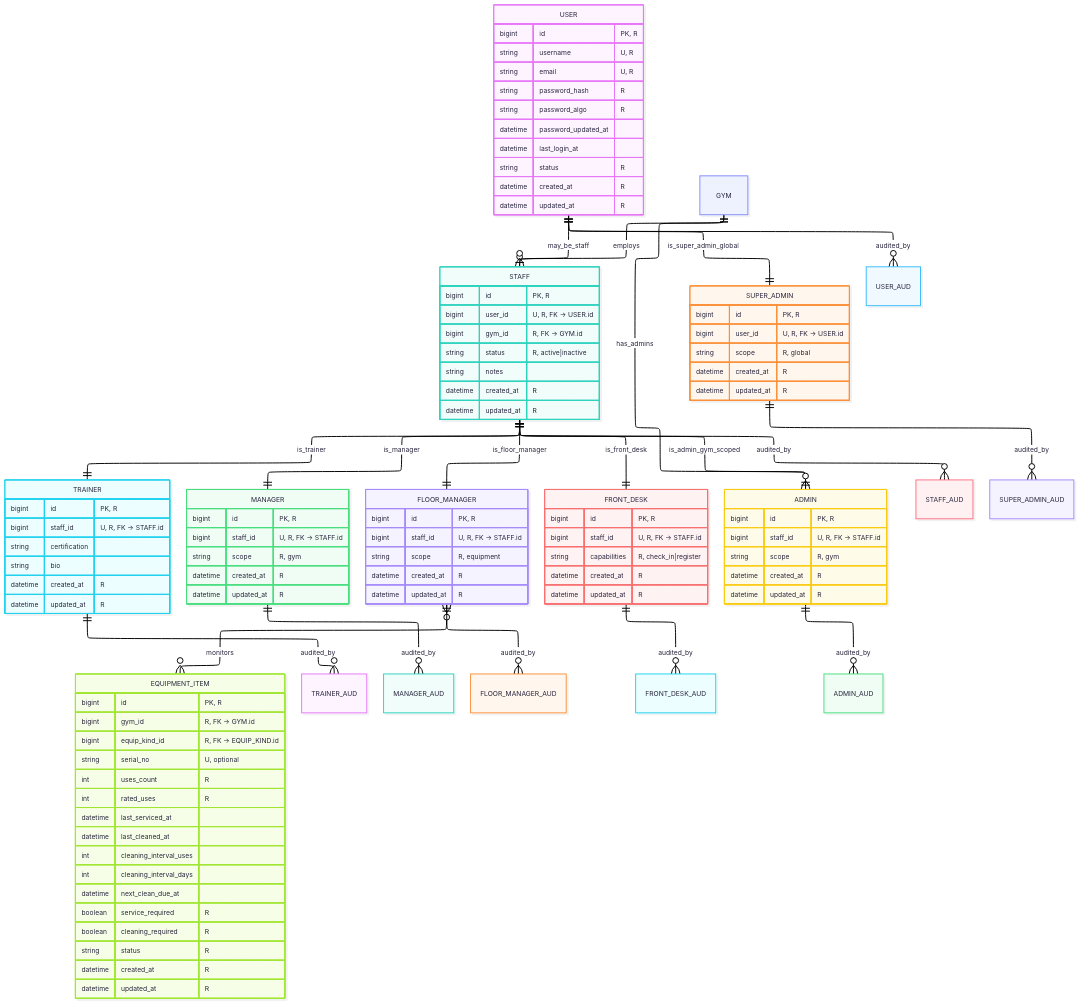
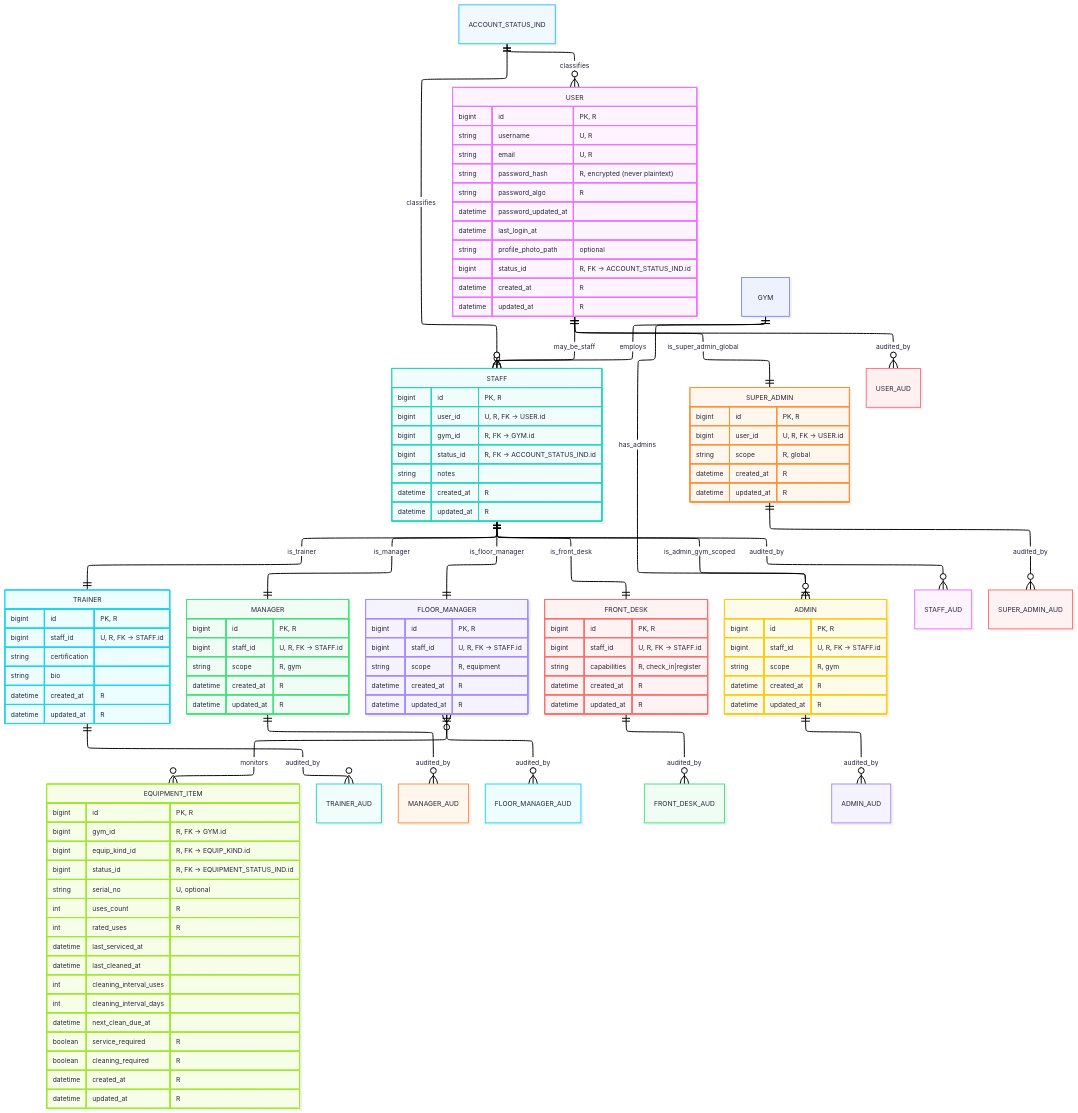
Before and after one commit to jic48-rutgers/FitDB: the third of 8 diagrams in docs/ERDs.md, drawn with Mermaid. The commit also changed other lines of this file, not shown here.

Commit message:
added triggers, and *_STATUS_IND tables, and indices (TODO: rework audit before/after_json in ERDs.md; outline RBAC, views, and stored procedures in TDD.md)

```diff
--- a/docs/ERDs.md
+++ b/docs/ERDs.md
@@ -226,6 +234,10 @@
     %% Floor manager duty
     FLOOR_MANAGER }o--o{ EQUIPMENT_ITEM : monitors
 
+    %% Status indicators (entity names only)
+    ACCOUNT_STATUS_IND ||--o{ USER  : classifies
+    ACCOUNT_STATUS_IND ||--o{ STAFF : classifies
+
     %% Audits
     USER ||--o{ USER_AUD : audited_by
     STAFF ||--o{ STAFF_AUD : audited_by
@@ -241,11 +253,12 @@
         bigint id "PK, R"
         string username "U, R"
         string email "U, R"
-        string password_hash "R"
+        string password_hash "R, encrypted (never plaintext)"
         string password_algo "R"
         datetime password_updated_at ""
         datetime last_login_at ""
-        string status "R"
+        string profile_photo_path "optional"
+        bigint status_id "R, FK -> ACCOUNT_STATUS_IND.id"
         datetime created_at "R"
         datetime updated_at "R"
     }
@@ -253,7 +266,7 @@
         bigint id "PK, R"
         bigint user_id "U, R, FK -> USER.id"
         bigint gym_id "R, FK -> GYM.id"
-        string status "R, active|inactive"
+        bigint status_id "R, FK -> ACCOUNT_STATUS_IND.id"
         string notes ""
         datetime created_at "R"
         datetime updated_at "R"
@@ -305,6 +318,7 @@
         bigint id "PK, R"
         bigint gym_id "R, FK -> GYM.id"
         bigint equip_kind_id "R, FK -> EQUIP_KIND.id"
+        bigint status_id "R, FK -> EQUIPMENT_STATUS_IND.id"
         string serial_no "U, optional"
         int uses_count "R"
         int rated_uses "R"
@@ -315,7 +329,6 @@
         datetime next_clean_due_at ""
         boolean service_required "R"
         boolean cleaning_required "R"
-        string status "R"
         datetime created_at "R"
         datetime updated_at "R"
     }
```
